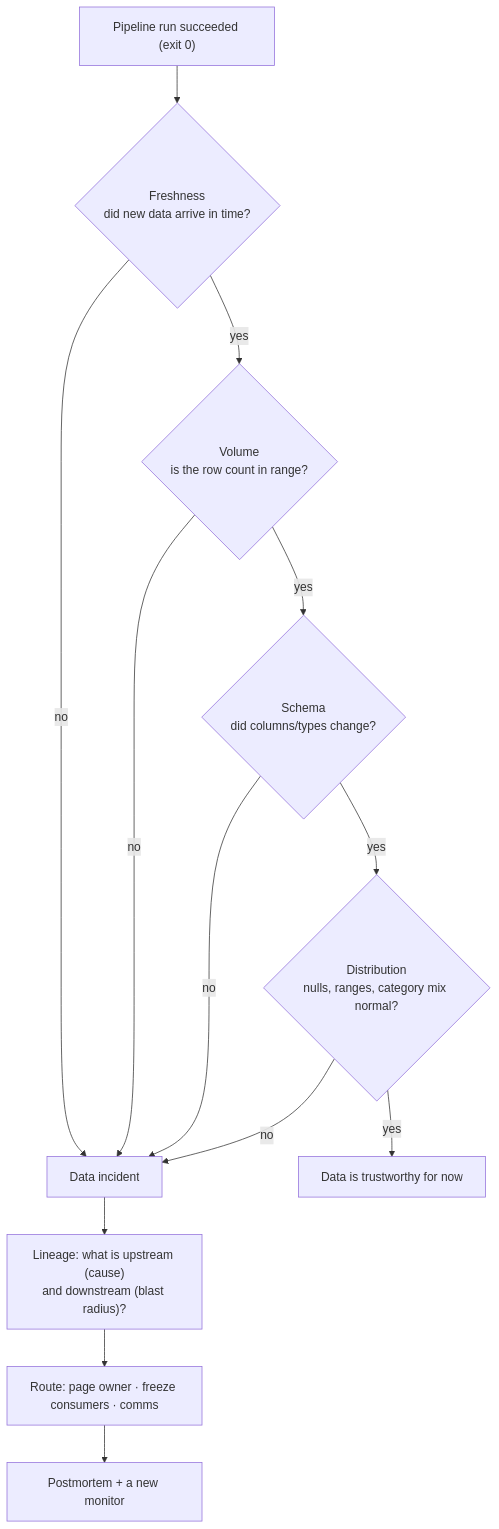
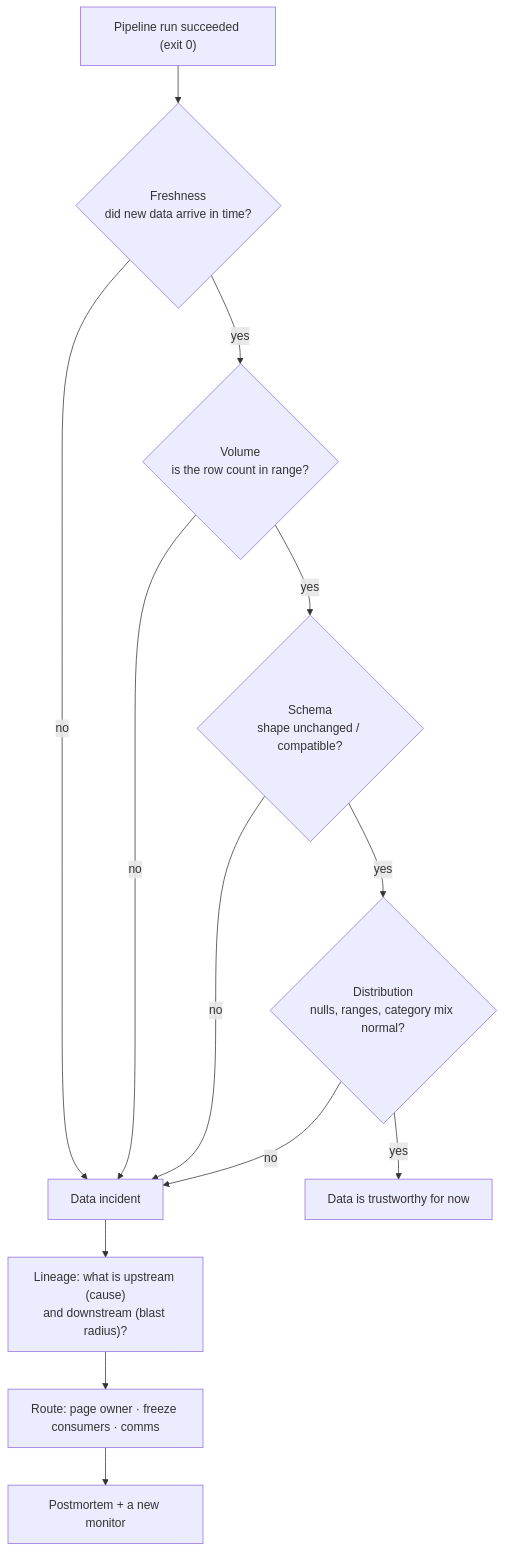
One commit to ArasaniRohithReddy/LearningOS changed the diagram in .github/skills/data-observability-coach/SKILL.md. Above: the diagram before and after it, drawn with Mermaid. The commit also changed other lines of this file and 28 other files, not shown here.

````diff
--- a/.github/skills/data-observability-coach/SKILL.md
+++ b/.github/skills/data-observability-coach/SKILL.md
@@ -28,15 +28,15 @@
 ```mermaid
 flowchart TD
   P["Pipeline run succeeded (exit 0)"] --> F{"Freshness<br/>did new data arrive in time?"}
   F -->|no| INC["Data incident"]
   F -->|yes| V{"Volume<br/>is the row count in range?"}
   V -->|no| INC
-  V -->|yes| S{"Schema<br/>did columns/types change?"}
+  V -->|yes| S{"Schema<br/>shape unchanged / compatible?"}
   S -->|no| INC
   S -->|yes| D{"Distribution<br/>nulls, ranges, category mix normal?"}
   D -->|no| INC
   D -->|yes| OK["Data is trustworthy for now"]
   INC --> L["Lineage: what is upstream (cause)<br/>and downstream (blast radius)?"]
   L --> R["Route: page owner · freeze consumers · comms"]
   R --> PM["Postmortem + a new monitor"]
 ```
````
